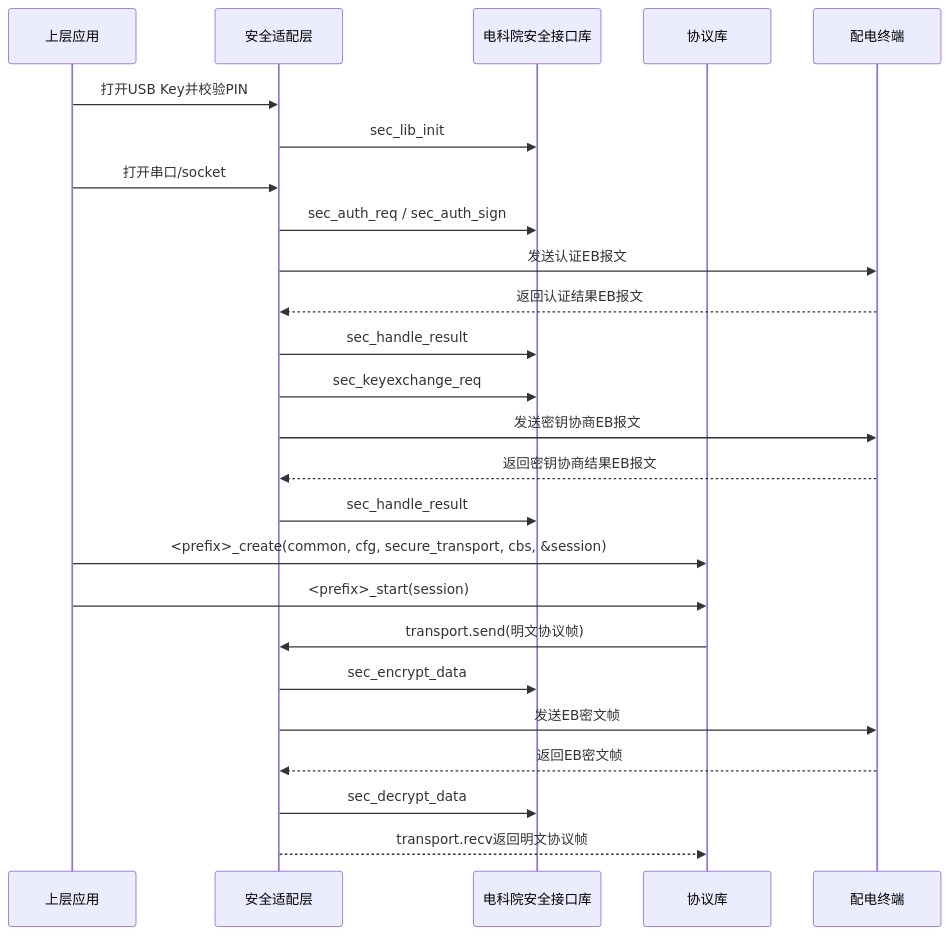
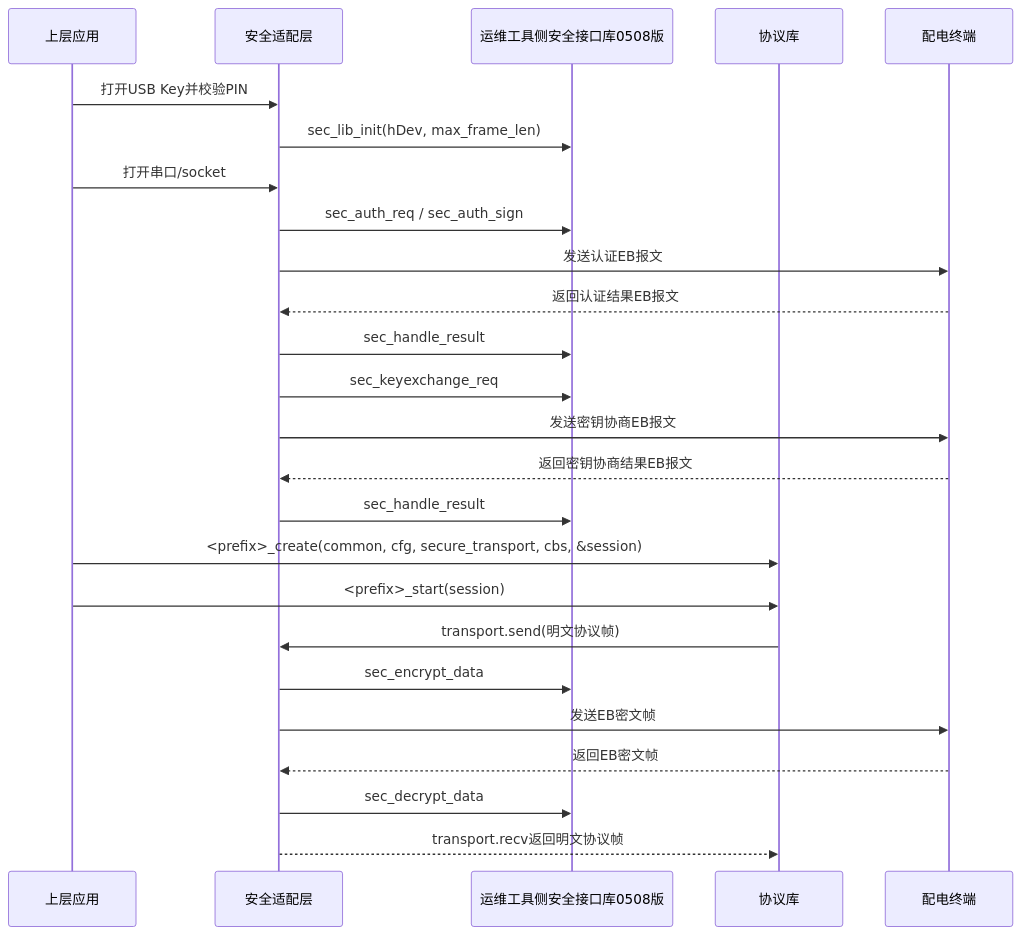
Before and after one commit to CcooLcyy/gw-protocol-sdk: the third of 20 diagrams in doc/api/dtu_unified_maintenance_sdk_api_design.md, drawn with Mermaid. The commit also changed other lines of this file and 4 other files, not shown here.

````diff
--- a/doc/api/dtu_unified_maintenance_sdk_api_design.md
+++ b/doc/api/dtu_unified_maintenance_sdk_api_design.md
@@ -1542,28 +1946,28 @@
 ```mermaid
 sequenceDiagram
     participant 应用 as 上层应用
     participant 安全 as 安全适配层
-    participant 安全库 as 电科院安全接口库
+    participant 安全库 as 运维工具侧安全接口库0508版
     participant 库 as 协议库
     participant 终端 as 配电终端
 
     应用->>安全: 打开USB Key并校验PIN
-    安全->>安全库: sec_lib_init
+    安全->>安全库: sec_lib_init(hDev, max_frame_len)
     应用->>安全: 打开串口/socket
     安全->>安全库: sec_auth_req / sec_auth_sign
     安全->>终端: 发送认证EB报文
     终端-->>安全: 返回认证结果EB报文
     安全->>安全库: sec_handle_result
     安全->>安全库: sec_keyexchange_req
     安全->>终端: 发送密钥协商EB报文
     终端-->>安全: 返回密钥协商结果EB报文
     安全->>安全库: sec_handle_result
     应用->>库: <prefix>_create(common, cfg, secure_transport, cbs, &session)
     应用->>库: <prefix>_start(session)
     库->>安全: transport.send(明文协议帧)
     安全->>安全库: sec_encrypt_data
     安全->>终端: 发送EB密文帧
     终端-->>安全: 返回EB密文帧
     安全->>安全库: sec_decrypt_data
     安全-->>库: transport.recv返回明文协议帧
 ```
````
